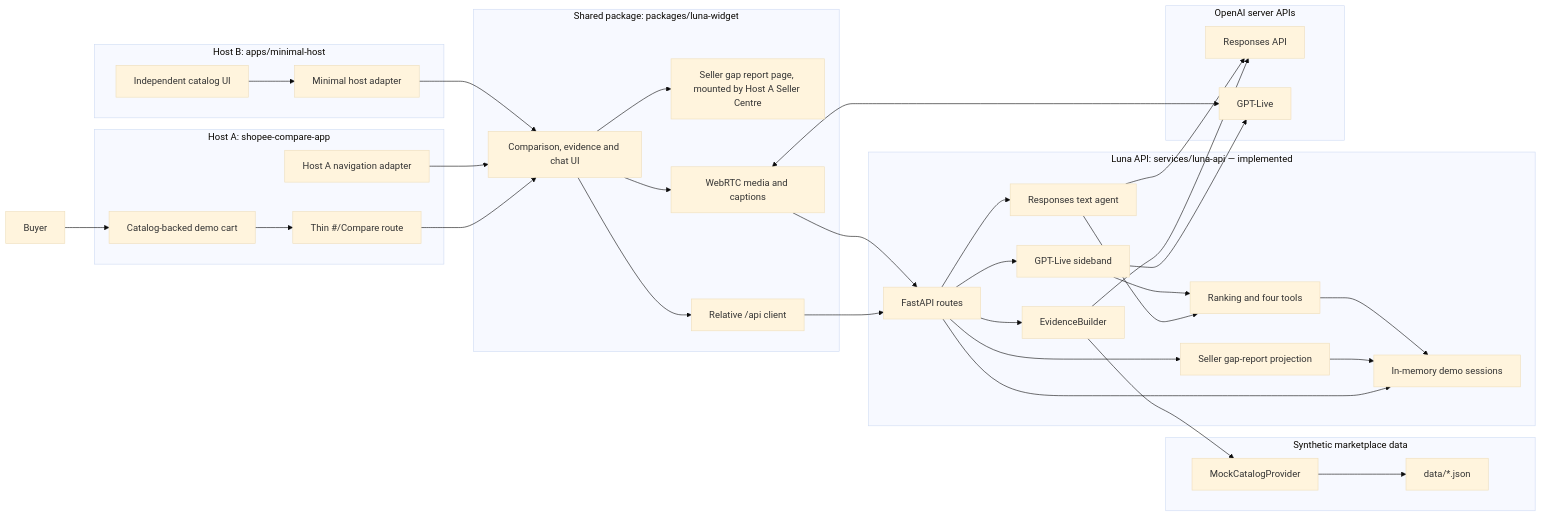
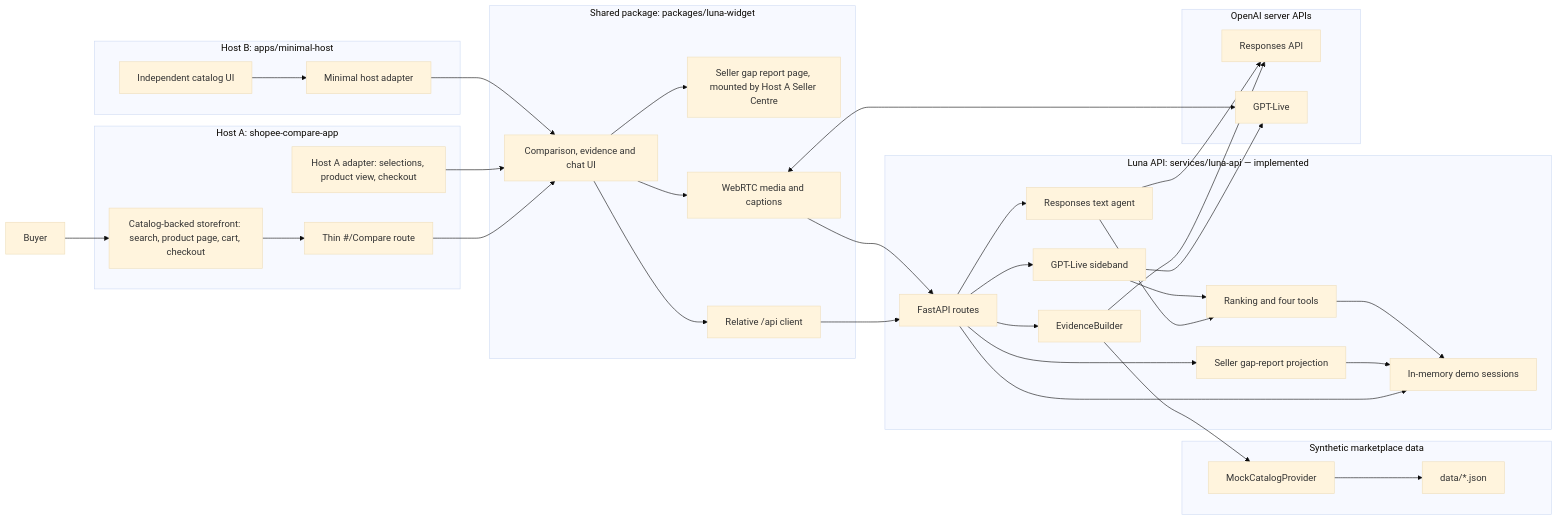
Before and after one commit to jaxwong/decodex: the first of 8 diagrams in docs/architecture.md, drawn with Mermaid (base theme). The commit also changed other lines of this file and 10 other files, not shown here.

First line of the commit message:
docs: record the Host A storefront demo flow

````diff
--- a/docs/architecture.md
+++ b/docs/architecture.md
@@ -43,64 +46,64 @@
 ```mermaid
 flowchart LR
     Buyer[Buyer]
 
     subgraph HostA["Host A: shopee-compare-app"]
-        Cart[Catalog-backed demo cart]
+        Cart[Catalog-backed storefront: search, product page, cart, checkout]
         HostARoute[Thin #/Compare route]
-        HostAAdapter[Host A navigation adapter]
+        HostAAdapter[Host A adapter: selections, product view, checkout]
     end
 
     subgraph HostB["Host B: apps/minimal-host"]
         MinimalCatalog[Independent catalog UI]
         MinimalAdapter[Minimal host adapter]
     end
 
     subgraph Widget["Shared package: packages/luna-widget"]
         LunaWidget[Comparison, evidence and chat UI]
         SellerView[Seller gap report page, mounted by Host A Seller Centre]
         LunaClient[Relative /api client]
         LiveControls[WebRTC media and captions]
     end
 
     subgraph LunaAPI["Luna API: services/luna-api — implemented"]
         Routes[FastAPI routes]
         SessionStore[In-memory demo sessions]
         EvidenceBuilder[EvidenceBuilder]
         Decision[Ranking and four tools]
         GapReport[Seller gap-report projection]
         TextAgent[Responses text agent]
         LiveAgent[GPT-Live sideband]
     end
 
     subgraph Data["Synthetic marketplace data"]
         MockProvider[MockCatalogProvider]
         Fixtures[data/*.json]
     end
 
     subgraph OpenAI["OpenAI server APIs"]
         Responses[Responses API]
         Live[GPT-Live]
     end
 
     Buyer --> Cart --> HostARoute --> LunaWidget
     HostAAdapter --> LunaWidget
     MinimalCatalog --> MinimalAdapter --> LunaWidget
 
     LunaWidget --> LunaClient --> Routes
     LunaWidget --> SellerView
     LunaWidget --> LiveControls
     LiveControls --> Routes
     LiveControls <--> Live
 
     Routes --> SessionStore
     Routes --> EvidenceBuilder
     Routes --> TextAgent
     Routes --> LiveAgent
     Routes --> GapReport --> SessionStore
     EvidenceBuilder --> MockProvider --> Fixtures
     EvidenceBuilder --> Responses
     TextAgent --> Responses
     TextAgent --> Decision --> SessionStore
     LiveAgent --> Live
     LiveAgent --> Decision
 ```
````
